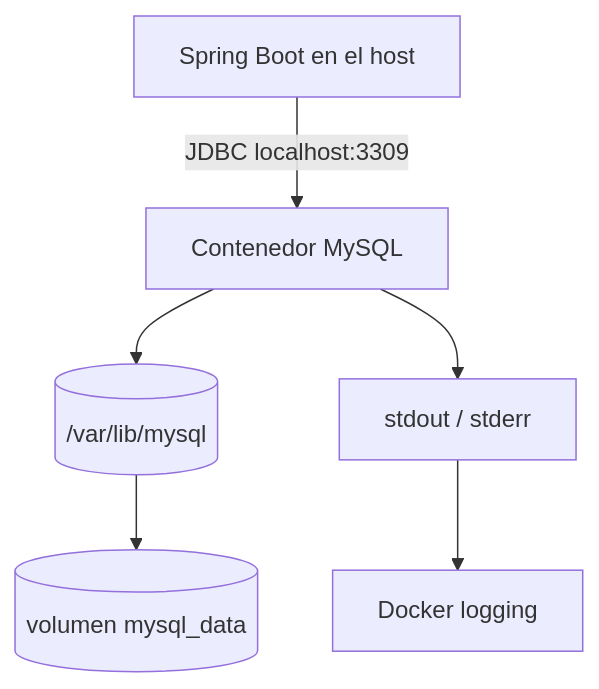
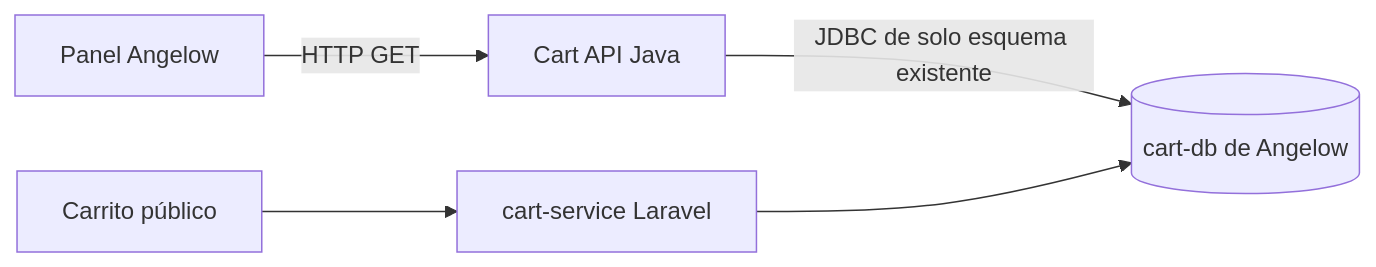
Before and after one commit to Braian551/CartSpringBoot: the diagram in docs/05-docker-mysql.md, drawn with Mermaid. The commit also changed other lines of this file and 28 other files, not shown here.

```diff
--- a/docs/05-docker-mysql.md
+++ b/docs/05-docker-mysql.md
@@ -41,8 +39,7 @@
 ~~~mermaid
-flowchart TD
-    A[Spring Boot en el host] -->|JDBC localhost:3309| B[Contenedor MySQL]
-    B --> C[( /var/lib/mysql )]
-    C --> D[(volumen mysql_data)]
-    B --> E[stdout / stderr]
-    E --> F[Docker logging]
+flowchart LR
+    A[Panel Angelow] -->|HTTP GET| B[Cart API Java]
+    B -->|JDBC de solo esquema existente| C[(cart-db de Angelow)]
+    D[Carrito público] --> E[cart-service Laravel]
+    E --> C
 ~~~
```
